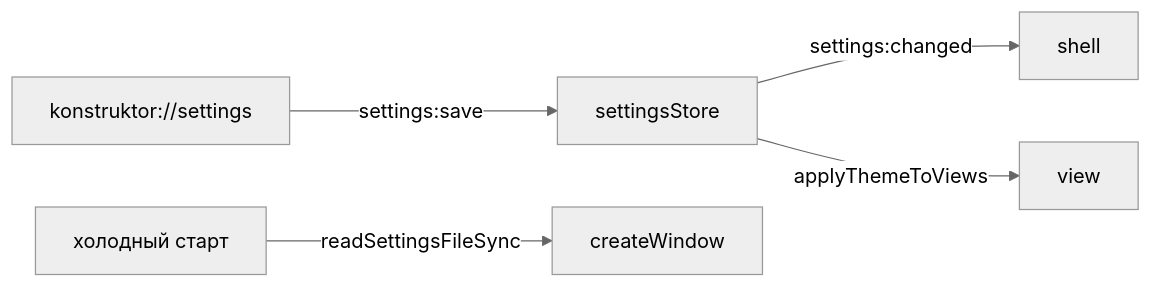
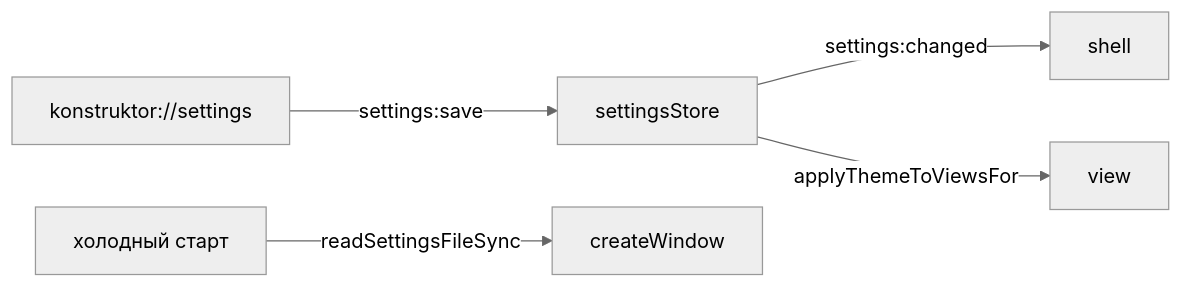
The diagram in src/main/store/STORES.md (trb1mkr/konstruktor), drawn with Mermaid (neutral theme) before and after one commit. The commit also changed other lines of this file and 85 other files, not shown here.

````diff
--- a/src/main/store/STORES.md
+++ b/src/main/store/STORES.md
@@ -19,7 +38,7 @@
 ```mermaid
 flowchart LR
   UI[konstruktor://settings] -->|settings:save| Store[settingsStore]
   Store -->|settings:changed| Shell[shell]
-  Store -->|applyThemeToViews| View[view]
+  Store -->|applyThemeToViewsFor| View[view]
   Cold[холодный старт] -->|readSettingsFileSync| Win[createWindow]
 ```
````
